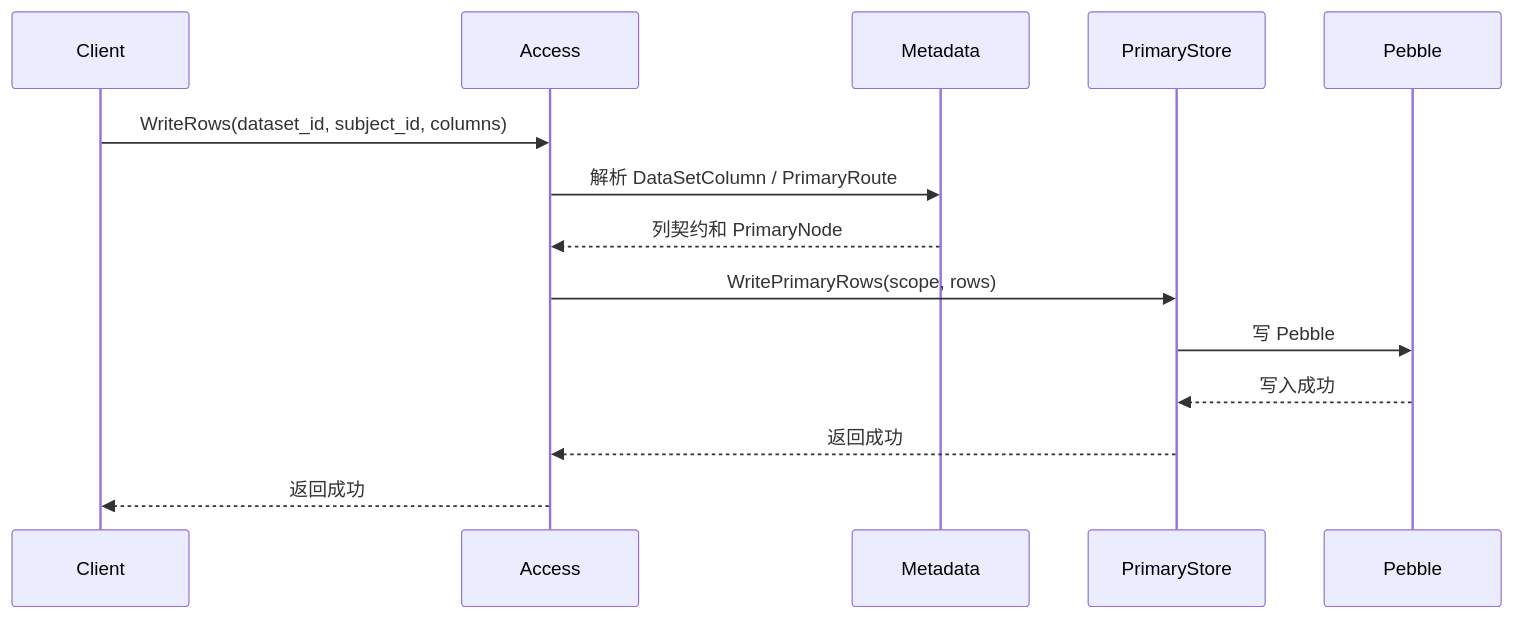
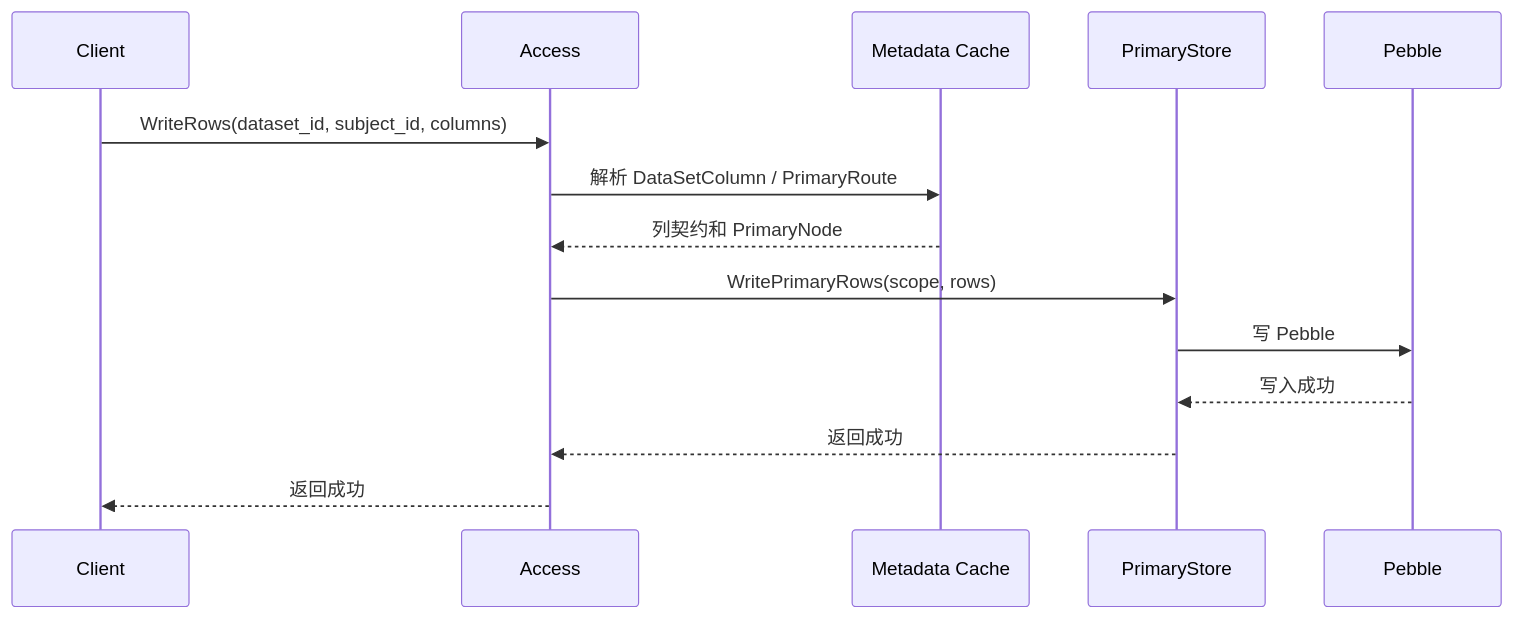
One commit to mooyang-code/moox changed the second of 3 diagrams in docs/storage-target-architecture-and-metadata.md. Above: the diagram before and after it, drawn with Mermaid. The commit also changed other lines of this file and 116 other files, not shown here.

````diff
--- a/docs/storage-target-architecture-and-metadata.md
+++ b/docs/storage-target-architecture-and-metadata.md
@@ -445,17 +446,17 @@
 ```mermaid
 sequenceDiagram
     participant C as Client
     participant S as Access
-    participant M as Metadata
+    participant M as Metadata Cache
     participant PSS as PrimaryStore
     participant P as Pebble
 
     C->>S: WriteRows(dataset_id, subject_id, columns)
     S->>M: 解析 DataSetColumn / PrimaryRoute
     M-->>S: 列契约和 PrimaryNode
     S->>PSS: WritePrimaryRows(scope, rows)
     PSS->>P: 写 Pebble
     P-->>PSS: 写入成功
     PSS-->>S: 返回成功
     S-->>C: 返回成功
 ```
````
